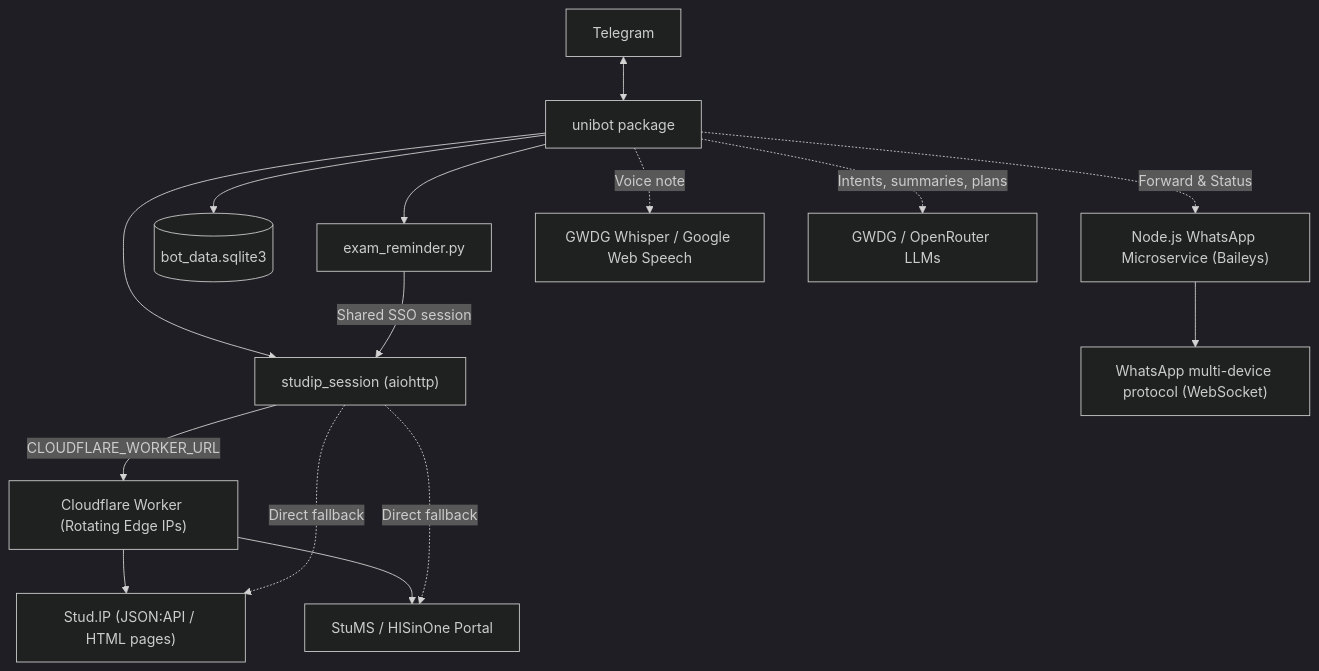
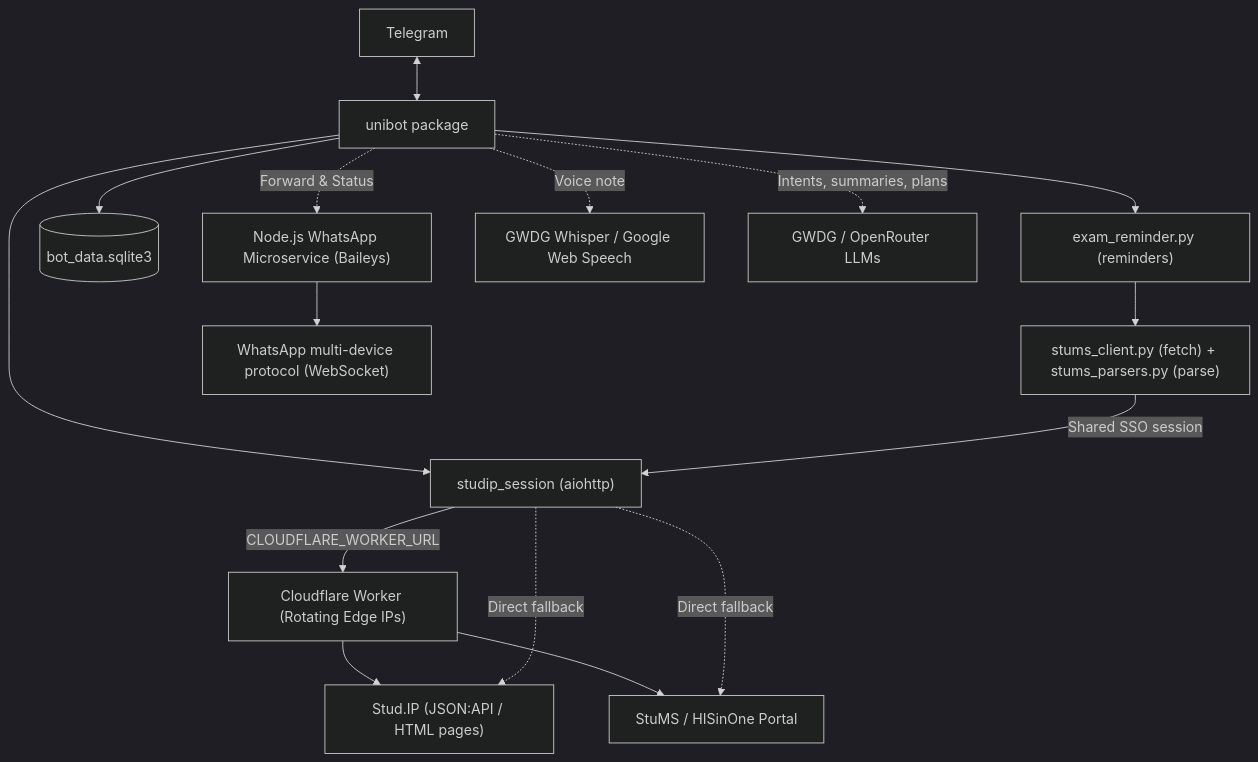
Before and after one commit to ofurkancoban/UniOldenburgStudyAssistantBot: the diagram in README.md, drawn with Mermaid. The commit also changed other lines of this file and 10 other files, not shown here.

Commit message:
refactor: split StuMS fetching into stums_client and the course watchers into fetch, diff and alert layers; re-export for callers

````diff
--- a/README.md
+++ b/README.md
@@ -262,18 +262,19 @@
 ```mermaid
 %%{init: {'theme': 'dark'}}%%
 graph TD
     A["Telegram"] <--> B["unibot package"]
     B --> C["studip_session (aiohttp)"]
-    B --> K["exam_reminder.py"]
-    K -->|Shared SSO session| C
+    B --> K["exam_reminder.py (reminders)"]
+    K --> P["stums_client.py (fetch) + stums_parsers.py (parse)"]
+    P -->|Shared SSO session| C
     C -->|CLOUDFLARE_WORKER_URL| W["Cloudflare Worker (Rotating Edge IPs)"]
     W --> D["Stud.IP (JSON:API / HTML pages)"]
     W --> L["StuMS / HISinOne Portal"]
     C -.->|Direct fallback| D
     C -.->|Direct fallback| L
     B --> H[("bot_data.sqlite3")]
     B -.->|Forward & Status| I["Node.js WhatsApp Microservice (Baileys)"]
     I --> J["WhatsApp multi-device protocol (WebSocket)"]
     B -.->|Voice note| M["GWDG Whisper / Google Web Speech"]
     B -.->|Intents, summaries, plans| N["GWDG / OpenRouter LLMs"]
 ```
````
